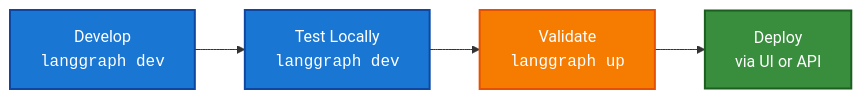
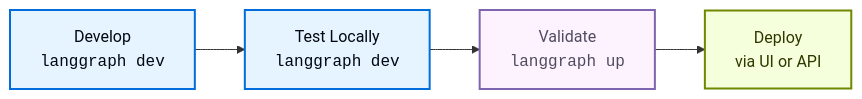
One commit to yehudit-gb/docs changed the diagram in build/langsmith/local-dev-testing.mdx. Above: the diagram before and after it, drawn with Mermaid. The commit also changed other lines of this file and 6318 other files, not shown here.

````diff
--- a/build/langsmith/local-dev-testing.mdx
+++ b/build/langsmith/local-dev-testing.mdx
@@ -32,9 +32,9 @@
 ```mermaid
 flowchart LR
     A["Develop<br/><code>langgraph dev</code>"] --> B["Test Locally<br/><code>langgraph dev</code>"] --> C["Validate<br/><code>langgraph up</code>"] --> D["Deploy<br/>via UI or API"]
 
-    style A fill:#1976d2,stroke:#0d47a1,stroke-width:2px,color:#fff
-    style B fill:#1976d2,stroke:#0d47a1,stroke-width:2px,color:#fff
-    style C fill:#f57c00,stroke:#e65100,stroke-width:2px,color:#fff
-    style D fill:#388e3c,stroke:#1b5e20,stroke-width:2px,color:#fff
+    style A fill:#E5F4FF,stroke:#006DDD,stroke-width:2px,color:#030710
+    style B fill:#E5F4FF,stroke:#006DDD,stroke-width:2px,color:#030710
+    style C fill:#FDF3FF,stroke:#7E65AE,stroke-width:2px,color:#504B5F
+    style D fill:#F6FFDB,stroke:#6E8900,stroke-width:2px,color:#2E3900
 ```
````
